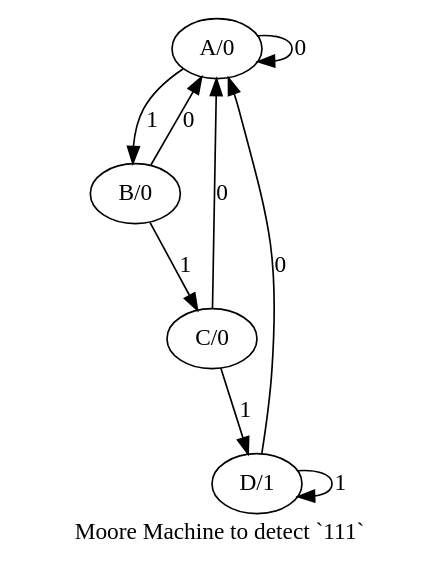
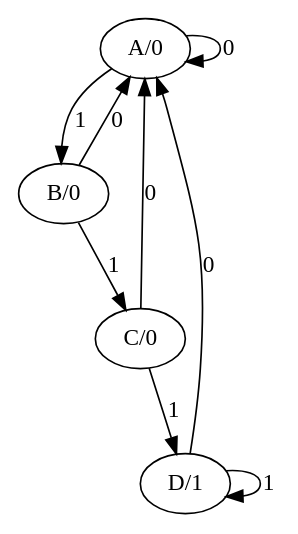
Before and after one commit to say4n/fsmutil: the diagram in seq2fsm/output/moore_fsm_for_111.dot, drawn with Graphviz. The commit also changed 19 other files, not shown here.

```diff
--- a/seq2fsm/output/moore_fsm_for_111.dot
+++ b/seq2fsm/output/moore_fsm_for_111.dot
@@ -1,19 +1,14 @@
-digraph "" {
-	graph [label="Moore Machine to detect `111`"];
-	"A/0" -> "A/0" [key=0,
-	label=0];
-"A/0" -> "B/0" [key=0,
-label=1];
-"B/0" -> "A/0" [key=0,
-label=0];
-"B/0" -> "C/0" [key=0,
-label=1];
-"C/0" -> "A/0" [key=0,
-label=0];
-"C/0" -> "D/1" [key=0,
-label=1];
-"D/1" -> "A/0" [key=0,
-label=0];
-"D/1" -> "D/1" [key=0,
-label=1];
+digraph  {
+"A/0";
+"B/0";
+"C/0";
+"D/1";
+"A/0" -> "B/0"  [key=0, label=1];
+"A/0" -> "A/0"  [key=0, label=0];
+"B/0" -> "C/0"  [key=0, label=1];
+"B/0" -> "A/0"  [key=0, label=0];
+"C/0" -> "D/1"  [key=0, label=1];
+"C/0" -> "A/0"  [key=0, label=0];
+"D/1" -> "D/1"  [key=0, label=1];
+"D/1" -> "A/0"  [key=0, label=0];
 }
```
